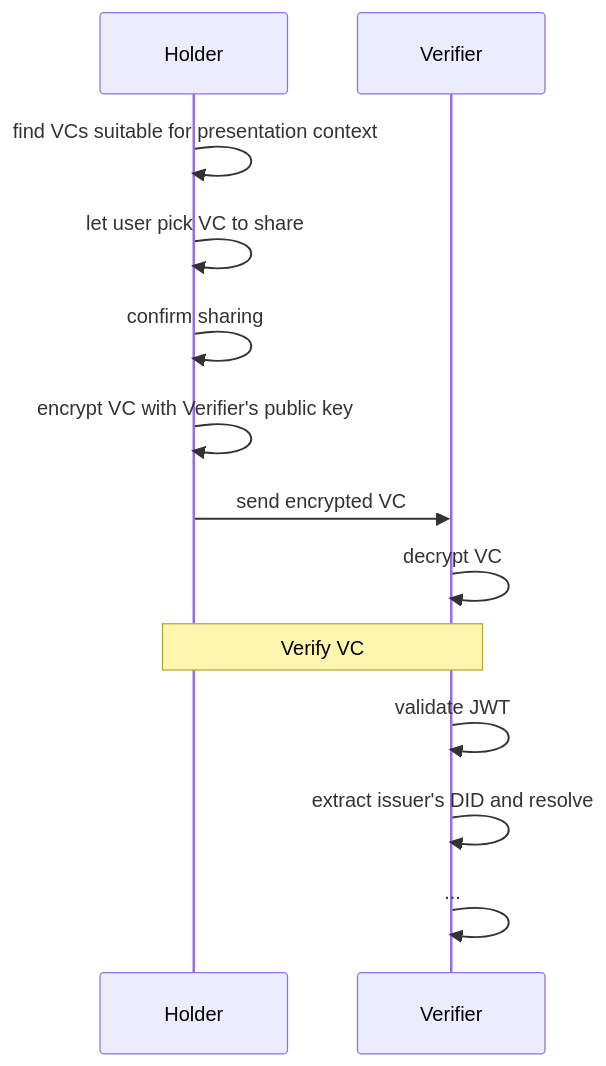
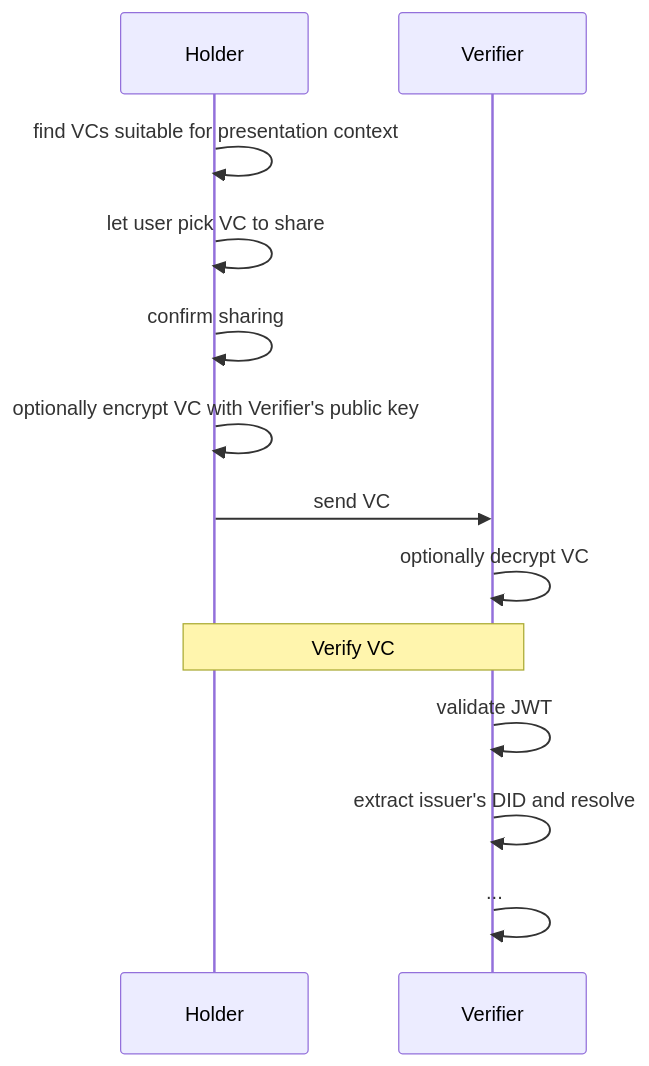
The fourth of 4 diagrams in docs/index.md (smart-on-fhir/health-cards), drawn with Mermaid before and after one commit. The commit also changed other lines of this file, not shown here.

First line of the commit message:
Clarify that VC presentation may or may not be encrypted.

````diff
--- a/docs/index.md
+++ b/docs/index.md
@@ -598,17 +600,17 @@
 ```mermaid
 sequenceDiagram
 participant Holder
 participant Verifier
 
 Holder ->> Holder: find VCs suitable for presentation context
 Holder ->> Holder: let user pick VC to share
 Holder ->> Holder: confirm sharing
-Holder ->> Holder: encrypt VC with Verifier's public key
-Holder ->> Verifier: send encrypted VC
-Verifier ->> Verifier: decrypt VC
+Holder ->> Holder: optionally encrypt VC with Verifier's public key
+Holder ->> Verifier: send VC
+Verifier ->> Verifier: optionally decrypt VC
 
 note over Holder, Verifier: Verify VC
 Verifier ->> Verifier: validate JWT
 Verifier ->> Verifier: extract issuer's DID and resolve
 Verifier ->> Verifier: ...
 ```
````
